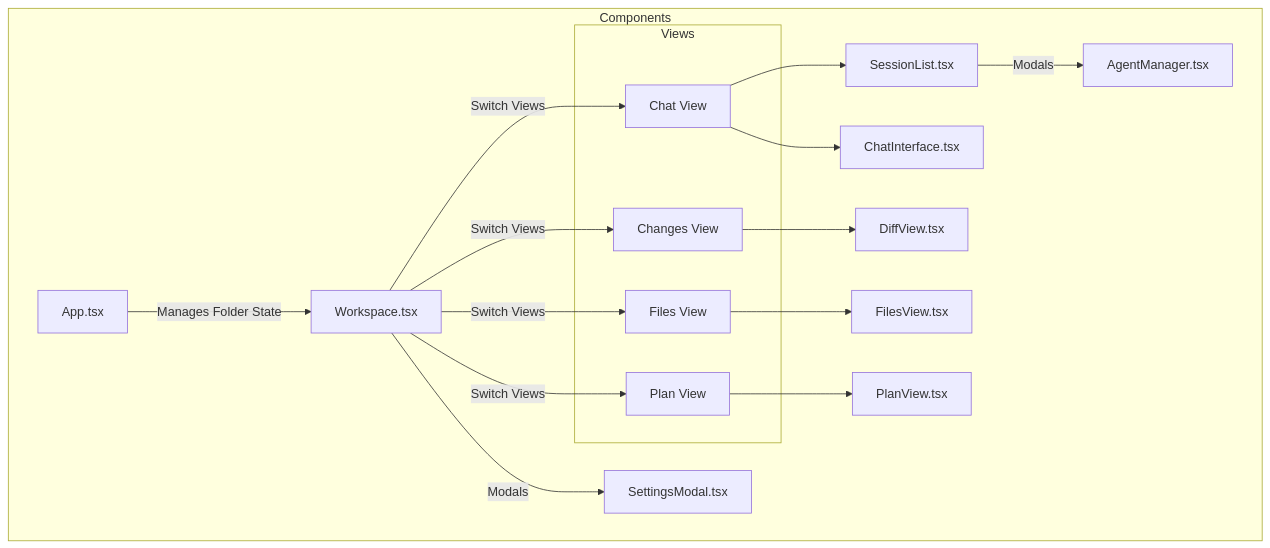
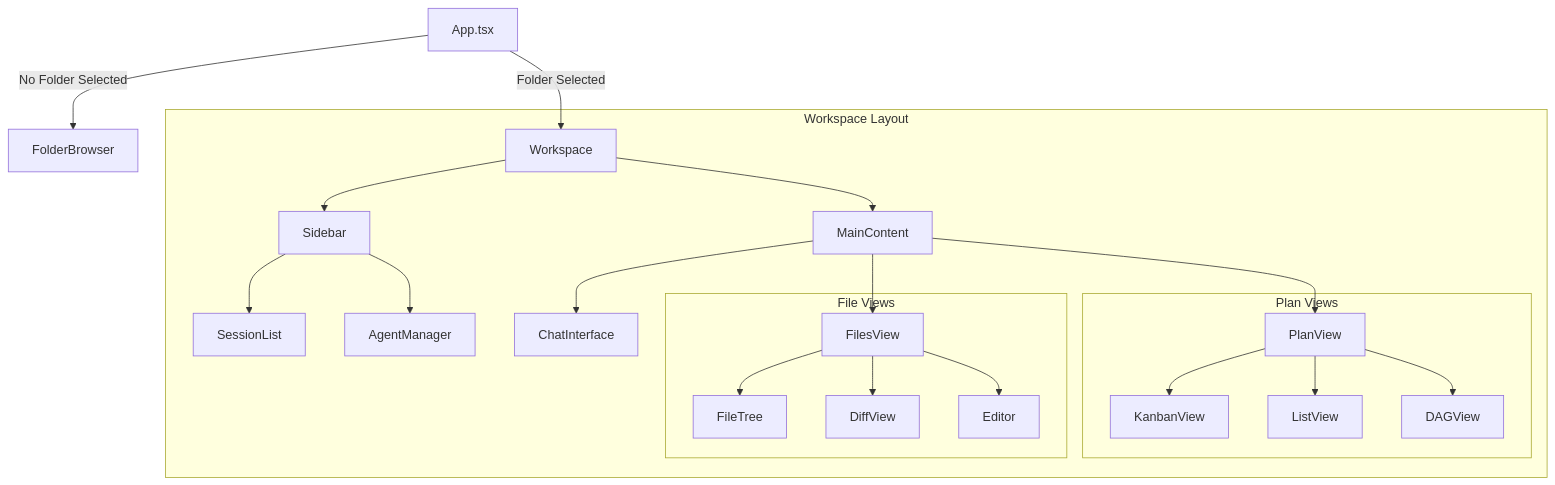
One commit to HexaField/opencode-web-ui changed the second of 2 diagrams in architecture.md. Above: the diagram before and after it, drawn with Mermaid. The commit also changed other lines of this file and 6 other files, not shown here.

````diff
--- a/architecture.md
+++ b/architecture.md
@@ -7,35 +66,31 @@
 ```mermaid
 graph TD
-    subgraph Components
-        App[App.tsx]
-        Workspace[Workspace.tsx]
-        SessionList[SessionList.tsx]
-        ChatInterface[ChatInterface.tsx]
-        DiffView[DiffView.tsx]
-        FilesView[FilesView.tsx]
-        PlanView[PlanView.tsx]
-        SettingsModal[SettingsModal.tsx]
-        AgentManager[AgentManager.tsx]
+    App[App.tsx]
 
-        subgraph Views
-            ChatView[Chat View]
-            ChangesView[Changes View]
-            FilesBrowserView[Files View]
-            PlanBoardView[Plan View]
+    App -->|No Folder Selected| FolderBrowser
+    App -->|Folder Selected| Workspace
+
+    subgraph "Workspace Layout"
+        Workspace --> Sidebar
+        Workspace --> MainContent
+
+        Sidebar --> SessionList
+        Sidebar --> AgentManager
+
+        MainContent --> ChatInterface
+        MainContent --> FilesView
+        MainContent --> PlanView
+
+        subgraph "Plan Views"
+            PlanView --> KanbanView
+            PlanView --> ListView
+            PlanView --> DAGView
+        end
+
+        subgraph "File Views"
+            FilesView --> FileTree
+            FilesView --> DiffView
+            FilesView --> Editor
         end
     end
-
-    App -->|Manages Folder State| Workspace
-    Workspace -->|Switch Views| ChatView
-    Workspace -->|Switch Views| ChangesView
-    Workspace -->|Switch Views| FilesBrowserView
-    Workspace -->|Switch Views| PlanBoardView
-    Workspace -->|Modals| SettingsModal
-    SessionList -->|Modals| AgentManager
-
-    ChatView --> SessionList
-    ChatView --> ChatInterface
-    ChangesView --> DiffView
-    FilesBrowserView --> FilesView
-    PlanBoardView --> PlanView
 ```
````
